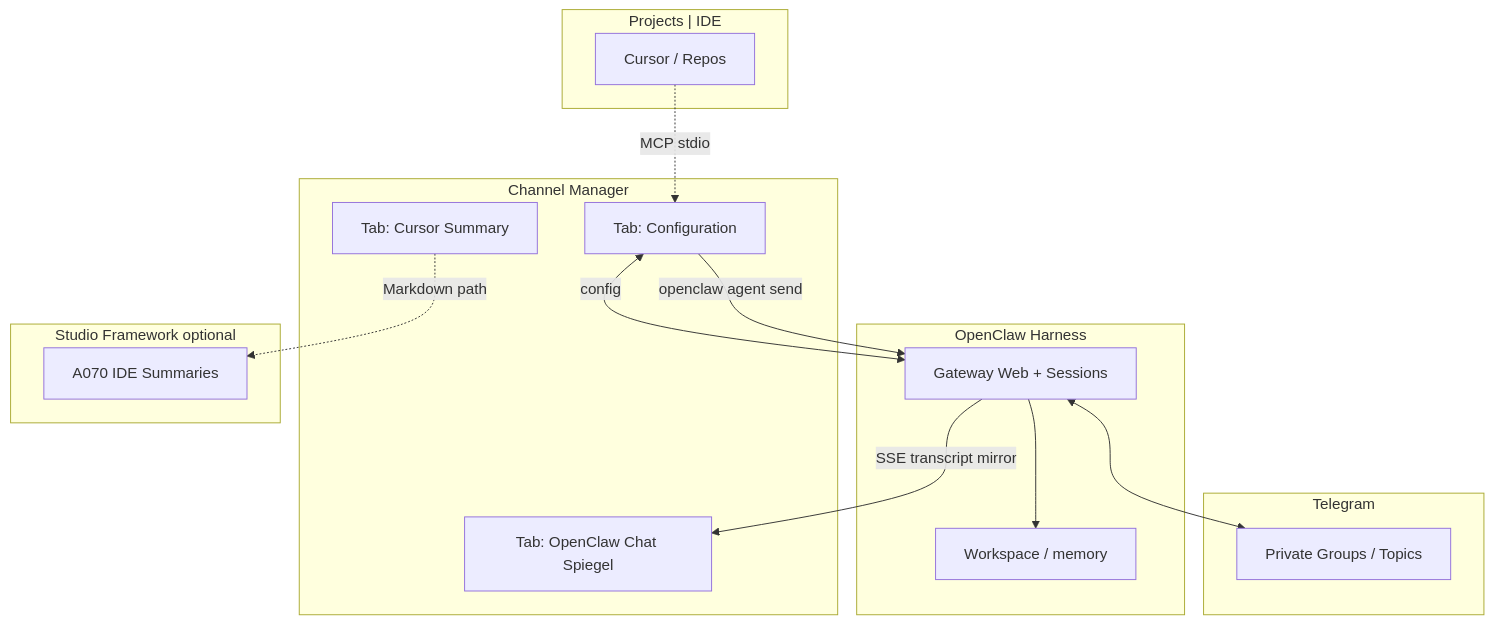
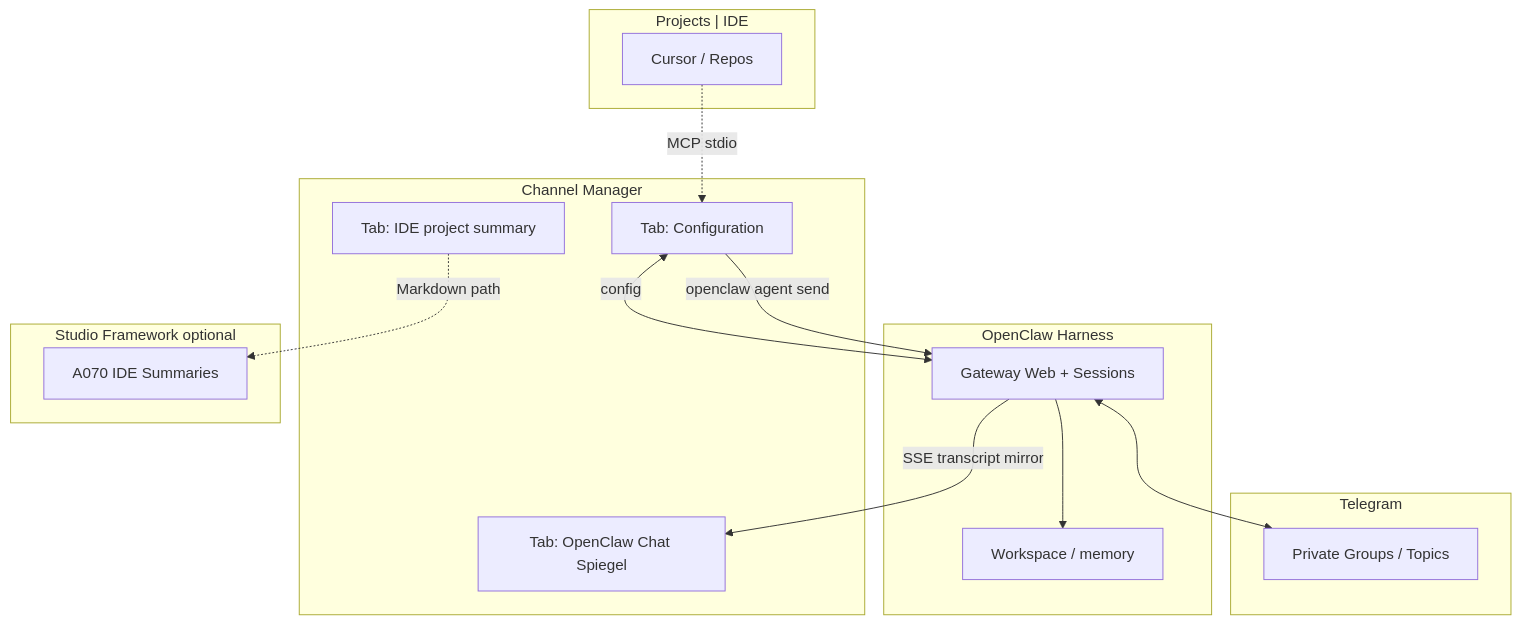
One commit to jph2/Openclaw-OpenUSDGoodstart-UI_Extensions changed the first of 3 diagrams in Production_Nodejs_React/CHANNEL_MANAGER_SPECIFICATION.md. Above: the diagram before and after it, drawn with Mermaid. The commit also changed other lines of this file and 31 other files, not shown here.

````diff
--- a/Production_Nodejs_React/CHANNEL_MANAGER_SPECIFICATION.md
+++ b/Production_Nodejs_React/CHANNEL_MANAGER_SPECIFICATION.md
@@ -77,33 +117,33 @@
 ```mermaid
 graph TB
     subgraph Harness["OpenClaw Harness"]
         GW[Gateway Web + Sessions]
         WS[Workspace / memory]
     end
 
     subgraph TG["Telegram"]
         TGG[Private Groups / Topics]
     end
 
     subgraph CM["Channel Manager"]
         CFG[Tab: Configuration]
         CHAT[Tab: OpenClaw Chat Spiegel]
-        SUM[Tab: Cursor Summary]
+        SUM[Tab: IDE project summary]
     end
 
     subgraph IDE["Projects | IDE"]
         CUR[Cursor / Repos]
     end
 
     subgraph Studio["Studio Framework optional"]
         A070[A070 IDE Summaries]
     end
 
     GW <--> TGG
     GW --> WS
     CFG <-->|config| GW
     GW -->|SSE transcript mirror| CHAT
     CFG -->|openclaw agent send| GW
     SUM -.->|Markdown path| A070
     CUR -.->|MCP stdio| CFG
 ```
````
